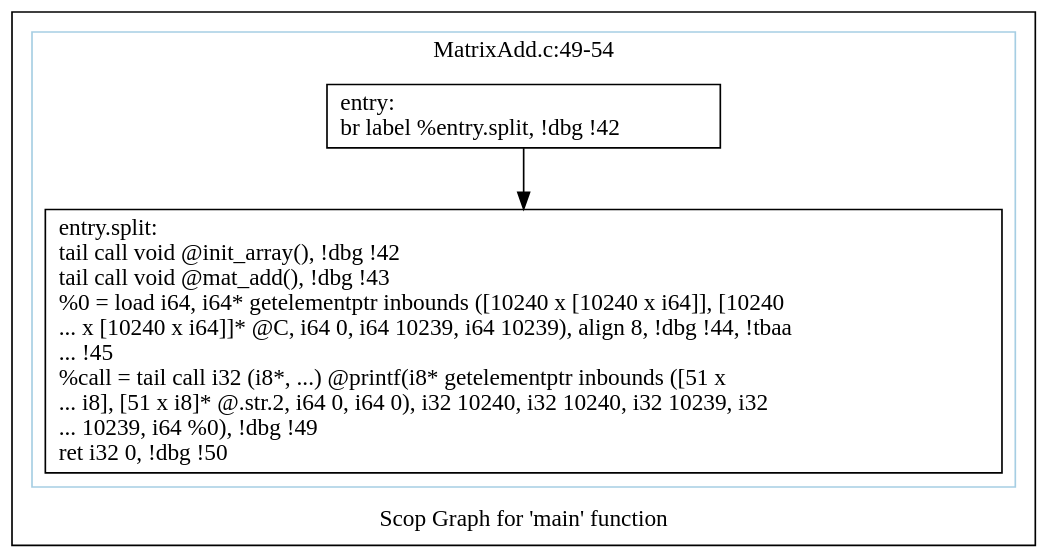
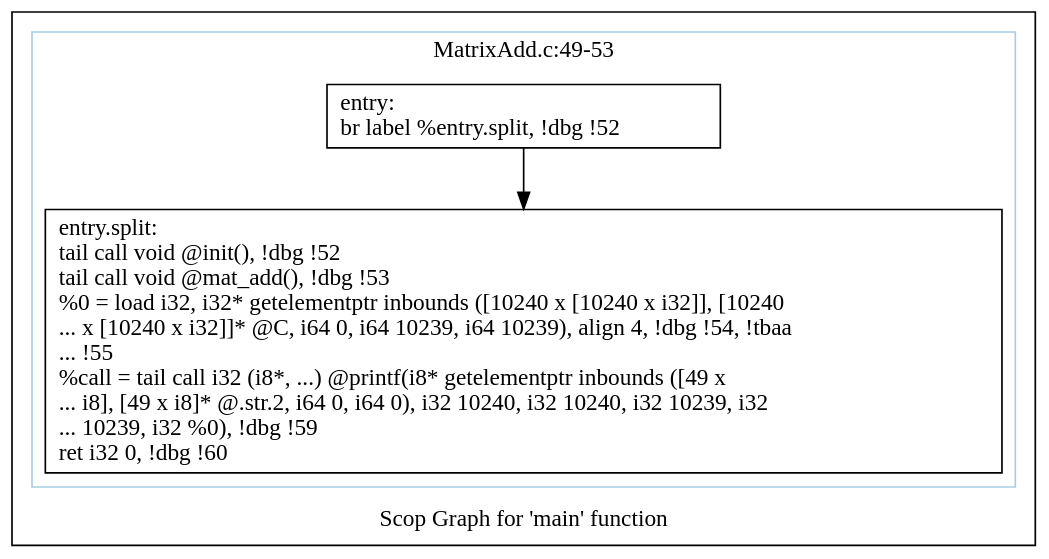
The diagram in polly/MatrixAdd/impl/handwritten/dot/scops.main.dot (samminweng/WhileyOpenCL), drawn with Graphviz before and after one commit. The commit also changed 19 other files, not shown here.

```diff
--- a/polly/MatrixAdd/impl/handwritten/dot/scops.main.dot
+++ b/polly/MatrixAdd/impl/handwritten/dot/scops.main.dot
@@ -1,16 +1,16 @@
 digraph "Scop Graph for 'main' function" {
 	label="Scop Graph for 'main' function";
 
-	Node0x8e67750 [shape=record,label="{entry:\l  br label %entry.split, !dbg !42\l}"];
-	Node0x8e67750 -> Node0x8f49990;
-	Node0x8f49990 [shape=record,label="{entry.split:                                      \l  tail call void @init_array(), !dbg !42\l  tail call void @mat_add(), !dbg !43\l  %0 = load i64, i64* getelementptr inbounds ([10240 x [10240 x i64]], [10240\l... x [10240 x i64]]* @C, i64 0, i64 10239, i64 10239), align 8, !dbg !44, !tbaa\l... !45\l  %call = tail call i32 (i8*, ...) @printf(i8* getelementptr inbounds ([51 x\l... i8], [51 x i8]* @.str.2, i64 0, i64 0), i32 10240, i32 10240, i32 10239, i32\l... 10239, i64 %0), !dbg !49\l  ret i32 0, !dbg !50\l}"];
+	Node0x9ef81a0 [shape=record,label="{entry:\l  br label %entry.split, !dbg !52\l}"];
+	Node0x9ef81a0 -> Node0x9e9ee10;
+	Node0x9e9ee10 [shape=record,label="{entry.split:                                      \l  tail call void @init(), !dbg !52\l  tail call void @mat_add(), !dbg !53\l  %0 = load i32, i32* getelementptr inbounds ([10240 x [10240 x i32]], [10240\l... x [10240 x i32]]* @C, i64 0, i64 10239, i64 10239), align 4, !dbg !54, !tbaa\l... !55\l  %call = tail call i32 (i8*, ...) @printf(i8* getelementptr inbounds ([49 x\l... i8], [49 x i8]* @.str.2, i64 0, i64 0), i32 10240, i32 10240, i32 10239, i32\l... 10239, i32 %0), !dbg !59\l  ret i32 0, !dbg !60\l}"];
 	colorscheme = "paired12"
-        subgraph cluster_0x8f3c920 {
-          label = "MatrixAdd.c:49-54
+        subgraph cluster_0x9e1d0e0 {
+          label = "MatrixAdd.c:49-53
 ";
           style = solid;
           color = 1
-          Node0x8e67750;
-          Node0x8f49990;
+          Node0x9ef81a0;
+          Node0x9e9ee10;
         }
 }
```
